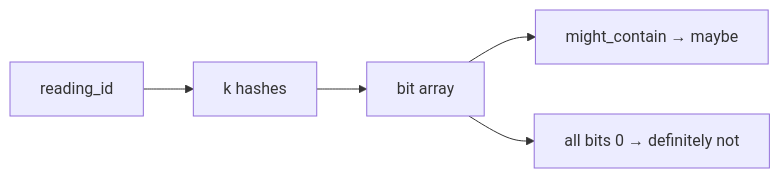
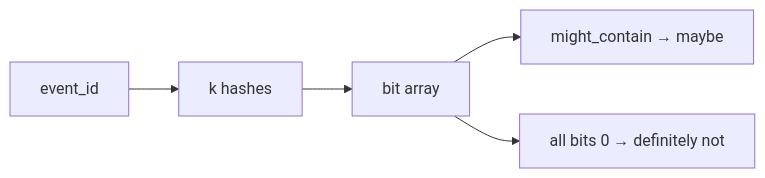
One commit to qgjones9/python-programming-guide changed the second of 4 diagrams in docs/dsa/data-structures/honorable-mention-adt/index.md. Above: the diagram before and after it, drawn with Mermaid. The commit also changed other lines of this file and 31 other files, not shown here.

````diff
--- a/docs/dsa/data-structures/honorable-mention-adt/index.md
+++ b/docs/dsa/data-structures/honorable-mention-adt/index.md
@@ -160,7 +160,7 @@
 ```mermaid
 flowchart LR
-  RID["reading_id"] --> H["k hashes"]
-  H --> B["bit array"]
-  B --> Y["might_contain → maybe"]
-  B --> N["all bits 0 → definitely not"]
+ EID["event_id"] --> H["k hashes"]
+ H --> B["bit array"]
+ B --> Y["might_contain → maybe"]
+ B --> N["all bits 0 → definitely not"]
 ```
````
